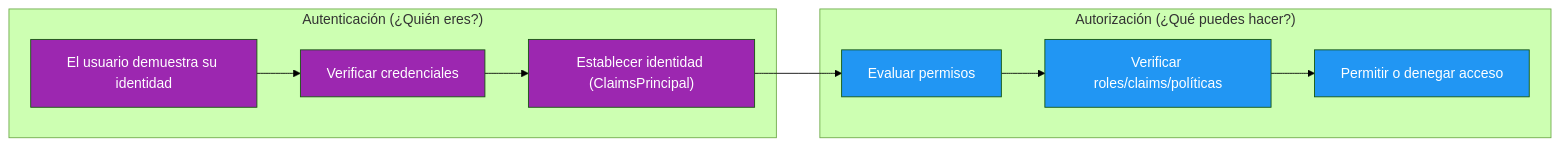
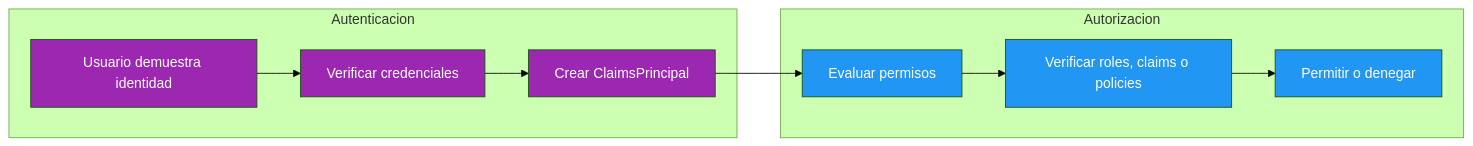
The first of 9 diagrams in 17-autorizacion.md (joseluisgs/DesarrolloWebEntornosServidor-02-2026-2027), drawn with Mermaid (forest theme) before and after one commit. The commit also changed other lines of this file and 1 other file, not shown here.

First line of the commit message:
[fix] UD02: Temas 16 y 17 reescritos con Mermaid corregido y texto explicativo

````diff
--- a/17-autorizacion.md
+++ b/17-autorizacion.md
@@ -51,23 +54,23 @@
 ```mermaid
 flowchart LR
-    subgraph "Autenticación (¿Quién eres?)"
-        A1["El usuario demuestra su identidad"]
+    subgraph "Autenticacion"
+        A1["Usuario demuestra identidad"]
         A2["Verificar credenciales"]
-        A3["Establecer identidad (ClaimsPrincipal)"]
+        A3["Crear ClaimsPrincipal"]
     end
 
-    subgraph "Autorización (¿Qué puedes hacer?)"
+    subgraph "Autorizacion"
         B1["Evaluar permisos"]
-        B2["Verificar roles/claims/políticas"]
-        B3["Permitir o denegar acceso"]
+        B2["Verificar roles, claims o policies"]
+        B3["Permitir o denegar"]
     end
 
     A1 --> A2 --> A3 --> B1 --> B2 --> B3
 
     style A1 fill:#9C27B0,color:#fff
     style A2 fill:#9C27B0,color:#fff
     style A3 fill:#9C27B0,color:#fff
     style B1 fill:#2196F3,color:#fff
     style B2 fill:#2196F3,color:#fff
     style B3 fill:#2196F3,color:#fff
 ```
````
